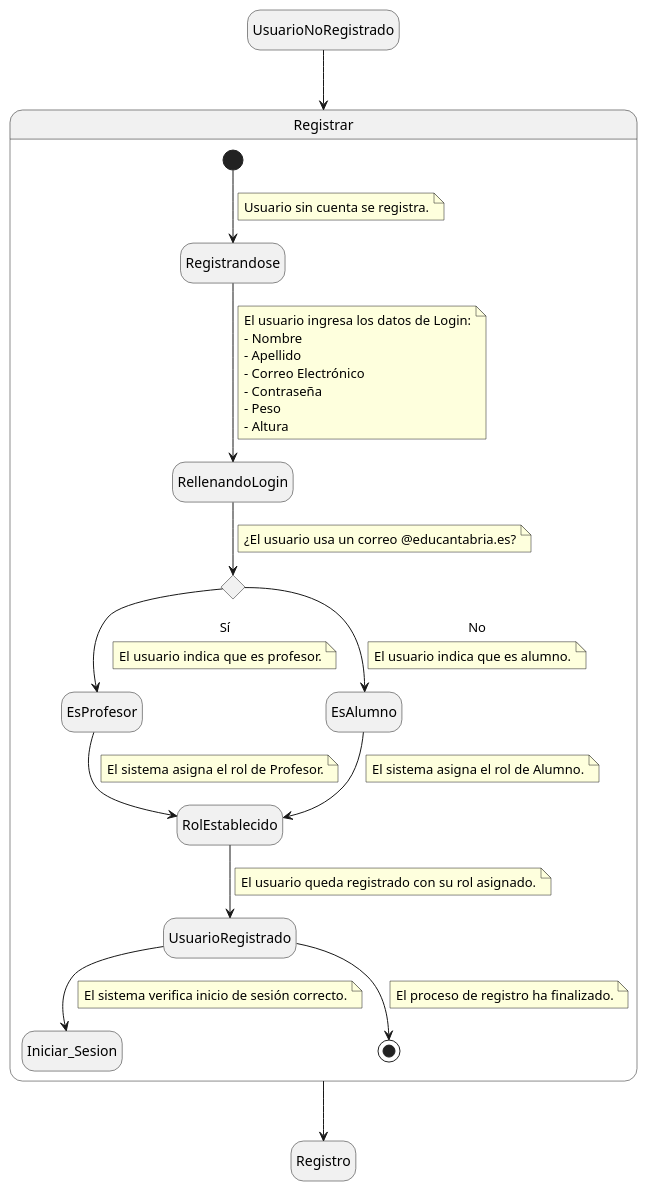
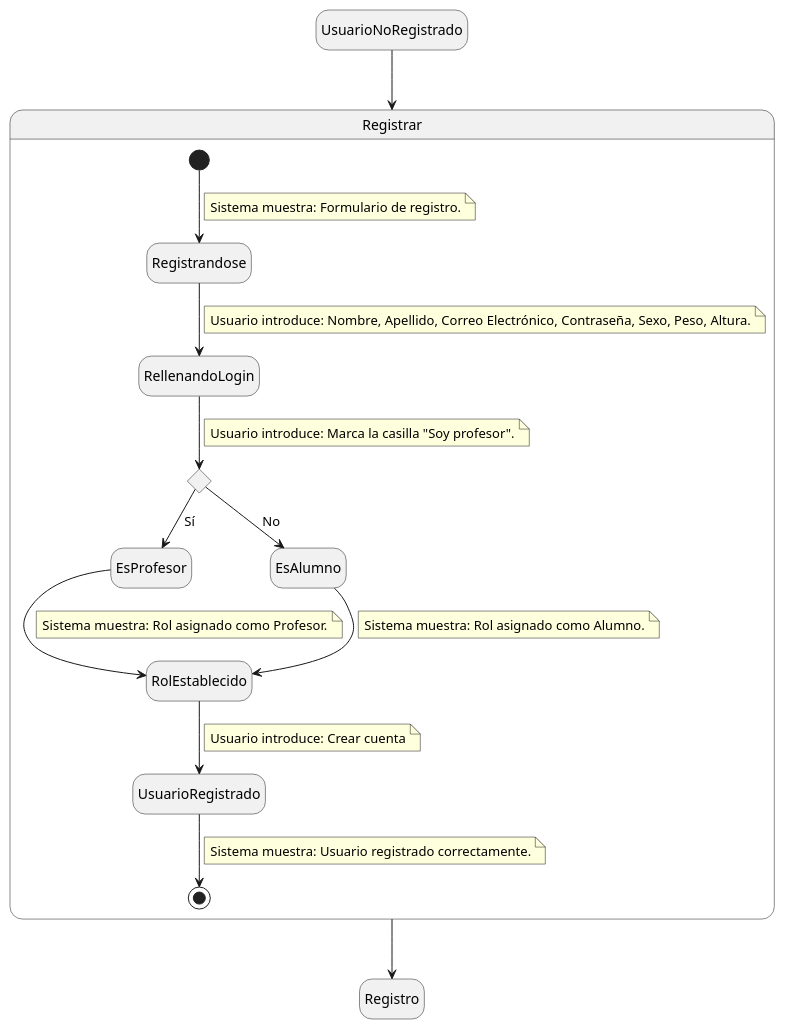
The diagram in Documentos/DetallarCasosDeUso/Registrarse.puml (mmasias/24-25-IdSw1-SDR), drawn with PlantUML before and after one commit. The commit also changed 1 other file, not shown here.

```diff
--- a/Documentos/DetallarCasosDeUso/Registrarse.puml
+++ b/Documentos/DetallarCasosDeUso/Registrarse.puml
@@ -1,69 +1,51 @@
 @startuml
-
 hide empty description
 
 state UsuarioNoRegistrado
 state Registro 
 state Registrar {
   [*] --> Registrandose
   note on link
-    Usuario sin cuenta se registra.
+    Sistema muestra: Formulario de registro.
   end note
 
   Registrandose --> RellenandoLogin
   note on link
-    El usuario ingresa los datos de Login:
-    - Nombre
-    - Apellido
-    - Correo Electrónico
-    - Contraseña
-    - Peso
-    - Altura
+    Usuario introduce: Nombre, Apellido, Correo Electrónico, Contraseña, Sexo, Peso, Altura.
   end note
 
   state rombo <<choice>>
   RellenandoLogin --> rombo
   note on link
-    ¿El usuario usa un correo @educantabria.es?
+    Usuario introduce: Marca la casilla "Soy profesor".
   end note
 
   rombo --> EsProfesor : Sí
-  note on link
-    El usuario indica que es profesor.
-  end note
 
   rombo --> EsAlumno : No
-  note on link
-    El usuario indica que es alumno.
-  end note
 
   EsAlumno --> RolEstablecido
   note on link
-    El sistema asigna el rol de Alumno.
+    Sistema muestra: Rol asignado como Alumno.
   end note
 
   EsProfesor --> RolEstablecido
   note on link
-    El sistema asigna el rol de Profesor.
+    Sistema muestra: Rol asignado como Profesor.
   end note
 
   RolEstablecido --> UsuarioRegistrado
   note on link
-    El usuario queda registrado con su rol asignado.
-  end note
-
-  UsuarioRegistrado --> Iniciar_Sesion
-  note on link
-    El sistema verifica inicio de sesión correcto.
+    Usuario introduce: Crear cuenta
   end note
 
   UsuarioRegistrado --> [*]
   note on link
-    El proceso de registro ha finalizado.
+    Sistema muestra: Usuario registrado correctamente.
   end note
 }
 
 UsuarioNoRegistrado --> Registrar 
 Registrar --> Registro
 
 @enduml
```
